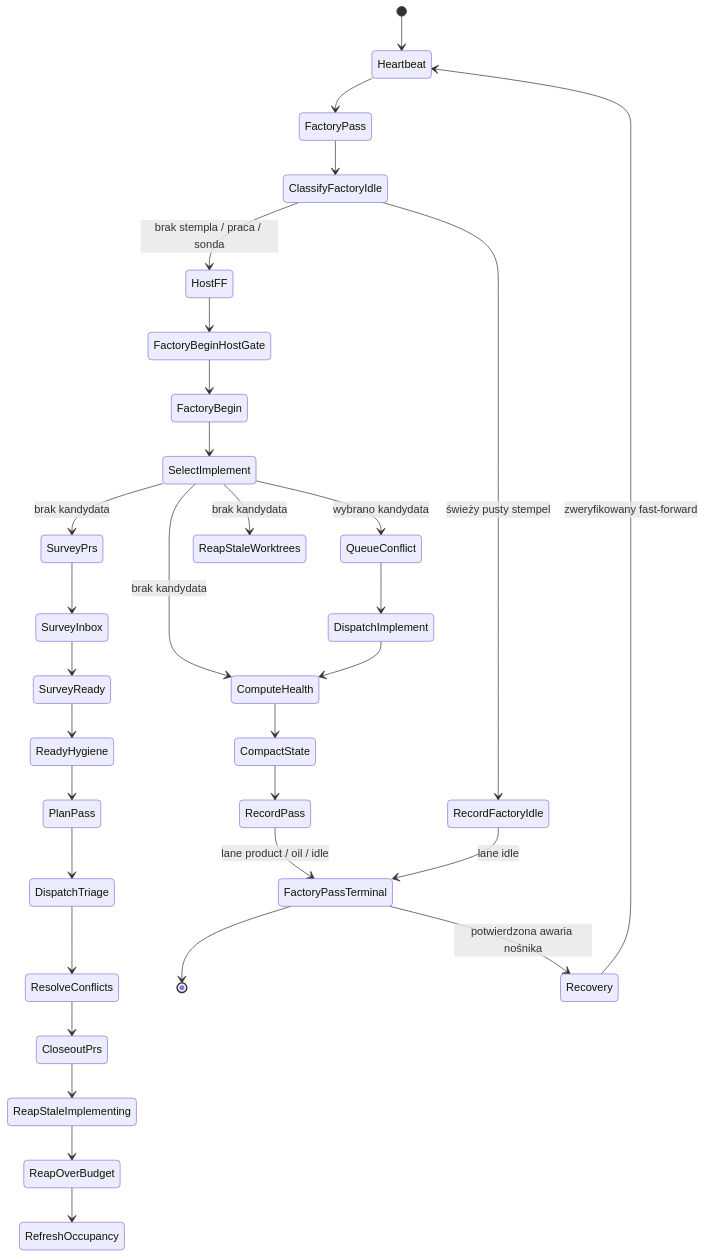
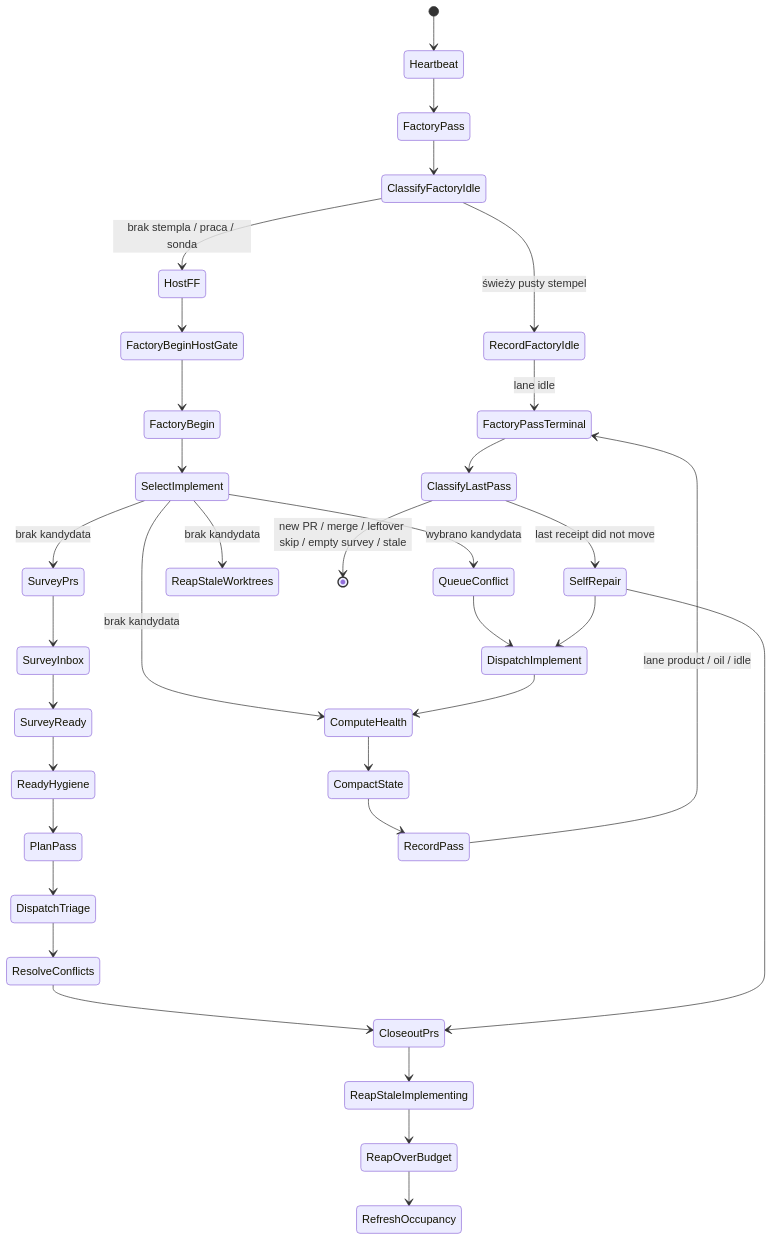
The first of 43 diagrams in README.md (mikolaj92/lokay), drawn with Mermaid before and after one commit. The commit also changed other lines of this file and 16 other files, not shown here.

First line of the commit message:
fix: repair only when last receipt did not move

````diff
--- a/README.md
+++ b/README.md
@@ -78,34 +78,36 @@
 ```mermaid
 stateDiagram-v2
     [*] --> Heartbeat
     Heartbeat --> FactoryPass
     FactoryPass --> ClassifyFactoryIdle
     ClassifyFactoryIdle --> RecordFactoryIdle: świeży pusty stempel
     ClassifyFactoryIdle --> HostFF: brak stempla / praca / sonda
     HostFF --> FactoryBeginHostGate
     FactoryBeginHostGate --> FactoryBegin
     FactoryBegin --> SelectImplement
     SelectImplement --> QueueConflict: wybrano kandydata
     SelectImplement --> ComputeHealth: brak kandydata
     SelectImplement --> SurveyPrs: brak kandydata
     SelectImplement --> ReapStaleWorktrees: brak kandydata
     QueueConflict --> DispatchImplement
     DispatchImplement --> ComputeHealth
     SurveyPrs --> SurveyInbox
     SurveyInbox --> SurveyReady
     SurveyReady --> ReadyHygiene
     ReadyHygiene --> PlanPass
     PlanPass --> DispatchTriage
     DispatchTriage --> ResolveConflicts
     ResolveConflicts --> CloseoutPrs
     CloseoutPrs --> ReapStaleImplementing
     ReapStaleImplementing --> ReapOverBudget
     ReapOverBudget --> RefreshOccupancy
     ComputeHealth --> CompactState
     CompactState --> RecordPass
     RecordPass --> FactoryPassTerminal: lane product / oil / idle
     RecordFactoryIdle --> FactoryPassTerminal: lane idle
-    FactoryPassTerminal --> [*]
-    FactoryPassTerminal --> Recovery: potwierdzona awaria nośnika
-    Recovery --> Heartbeat: zweryfikowany fast-forward
+    FactoryPassTerminal --> ClassifyLastPass
+    ClassifyLastPass --> [*]: new PR / merge / leftover skip / empty survey / stale
+    ClassifyLastPass --> SelfRepair: last receipt did not move
+    SelfRepair --> CloseoutPrs
+    SelfRepair --> DispatchImplement
 ```
````
